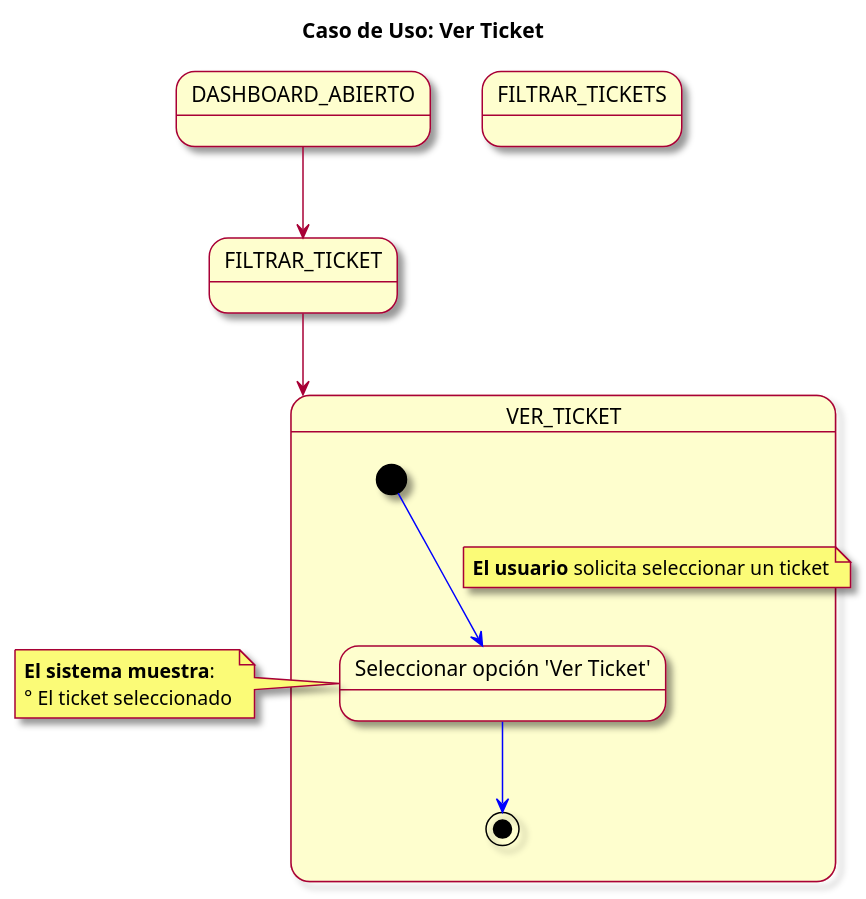
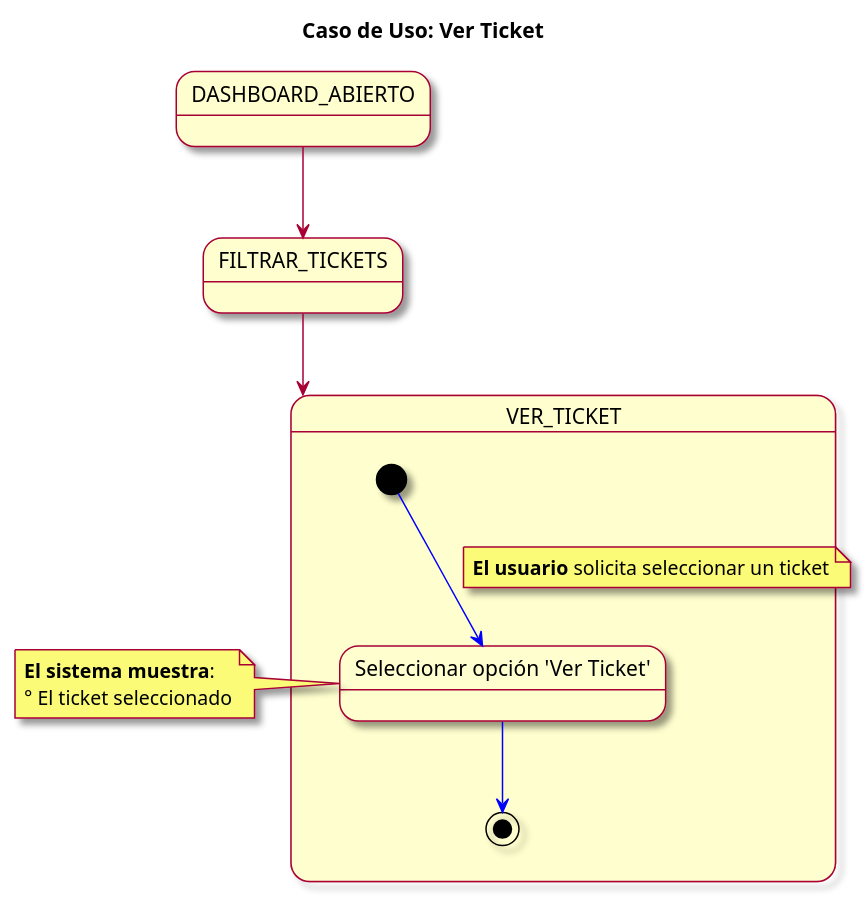
One commit to mmasias/23-24-IdSw1-SDR changed the diagram in modelosUML/CasosDeUsos/CasosDetallados/VerTicket.puml. Above: the diagram before and after it, drawn with PlantUML. The commit also changed 4 other files, not shown here.

```diff
--- a/modelosUML/CasosDeUsos/CasosDetallados/VerTicket.puml
+++ b/modelosUML/CasosDeUsos/CasosDetallados/VerTicket.puml
@@ -1,24 +1,24 @@
 @startuml
 skin rose
 title Caso de Uso: Ver Ticket
 
 state DASHBOARD_ABIERTO
 state FILTRAR_TICKETS
 
-DASHBOARD_ABIERTO --> FILTRAR_TICKET
-FILTRAR_TICKET --> VER_TICKET
+DASHBOARD_ABIERTO --> FILTRAR_TICKETS
+FILTRAR_TICKETS --> VER_TICKET
 
 state VER_TICKET {
 
   [*] -[#blue]-> seleccionarOpcionVer
   note on link : **El usuario** solicita seleccionar un ticket
   state "Seleccionar opción 'Ver Ticket'" as seleccionarOpcionVer
   seleccionarOpcionVer -[#blue]-> [*]
 }
 
 note left of seleccionarOpcionVer
   **El sistema muestra**: 
   ° El ticket seleccionado
 end note
 
 @enduml
```
